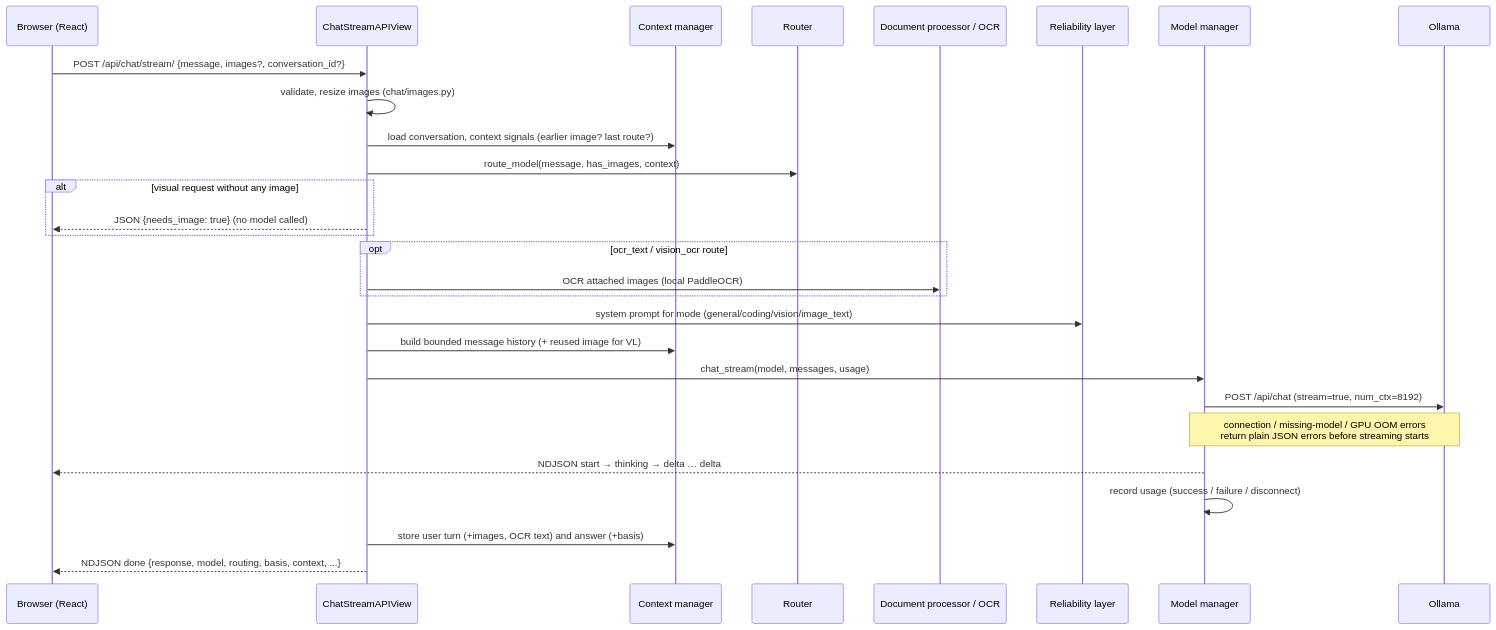
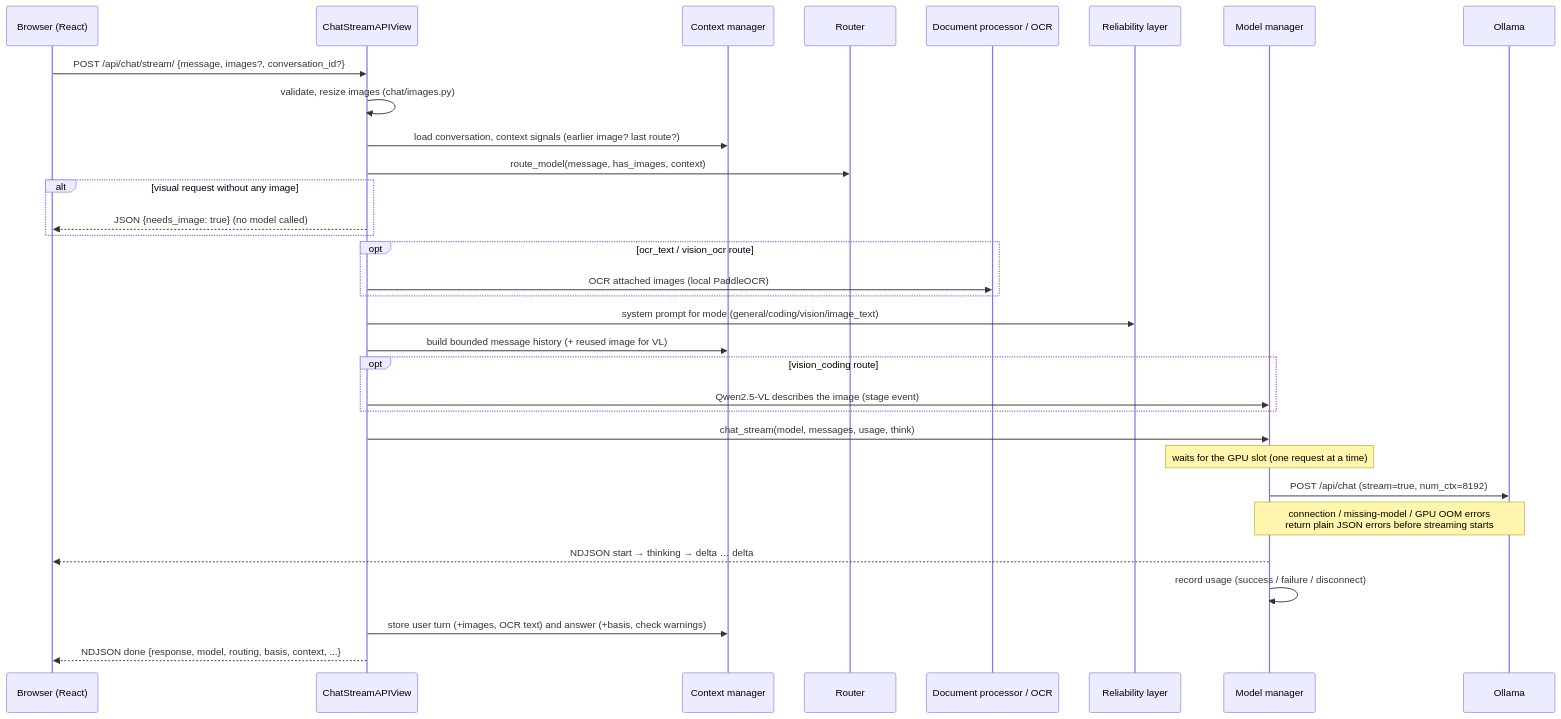
The third of 6 diagrams in README.md (OnishNimiwal/PlantEdge), drawn with Mermaid before and after one commit. The commit also changed other lines of this file and 2 other files, not shown here.

````diff
--- a/README.md
+++ b/README.md
@@ -203,30 +241,34 @@
 ```mermaid
 sequenceDiagram
     participant B as Browser (React)
     participant V as ChatStreamAPIView
     participant C as Context manager
     participant R as Router
     participant P as Document processor / OCR
     participant L as Reliability layer
     participant M as Model manager
     participant O as Ollama
     B->>V: POST /api/chat/stream/ {message, images?, conversation_id?}
     V->>V: validate, resize images (chat/images.py)
     V->>C: load conversation, context signals (earlier image? last route?)
     V->>R: route_model(message, has_images, context)
     alt visual request without any image
         V-->>B: JSON {needs_image: true} (no model called)
     end
     opt ocr_text / vision_ocr route
         V->>P: OCR attached images (local PaddleOCR)
     end
     V->>L: system prompt for mode (general/coding/vision/image_text)
     V->>C: build bounded message history (+ reused image for VL)
-    V->>M: chat_stream(model, messages, usage)
+    opt vision_coding route
+        V->>M: Qwen2.5-VL describes the image (stage event)
+    end
+    V->>M: chat_stream(model, messages, usage, think)
+    Note over M: waits for the GPU slot (one request at a time)
     M->>O: POST /api/chat (stream=true, num_ctx=8192)
     Note over M,O: connection / missing-model / GPU OOM errors<br/>return plain JSON errors before streaming starts
     M-->>B: NDJSON start → thinking → delta … delta
     M->>M: record usage (success / failure / disconnect)
-    V->>C: store user turn (+images, OCR text) and answer (+basis)
+    V->>C: store user turn (+images, OCR text) and answer (+basis, check warnings)
     V-->>B: NDJSON done {response, model, routing, basis, context, ...}
 ```
````
